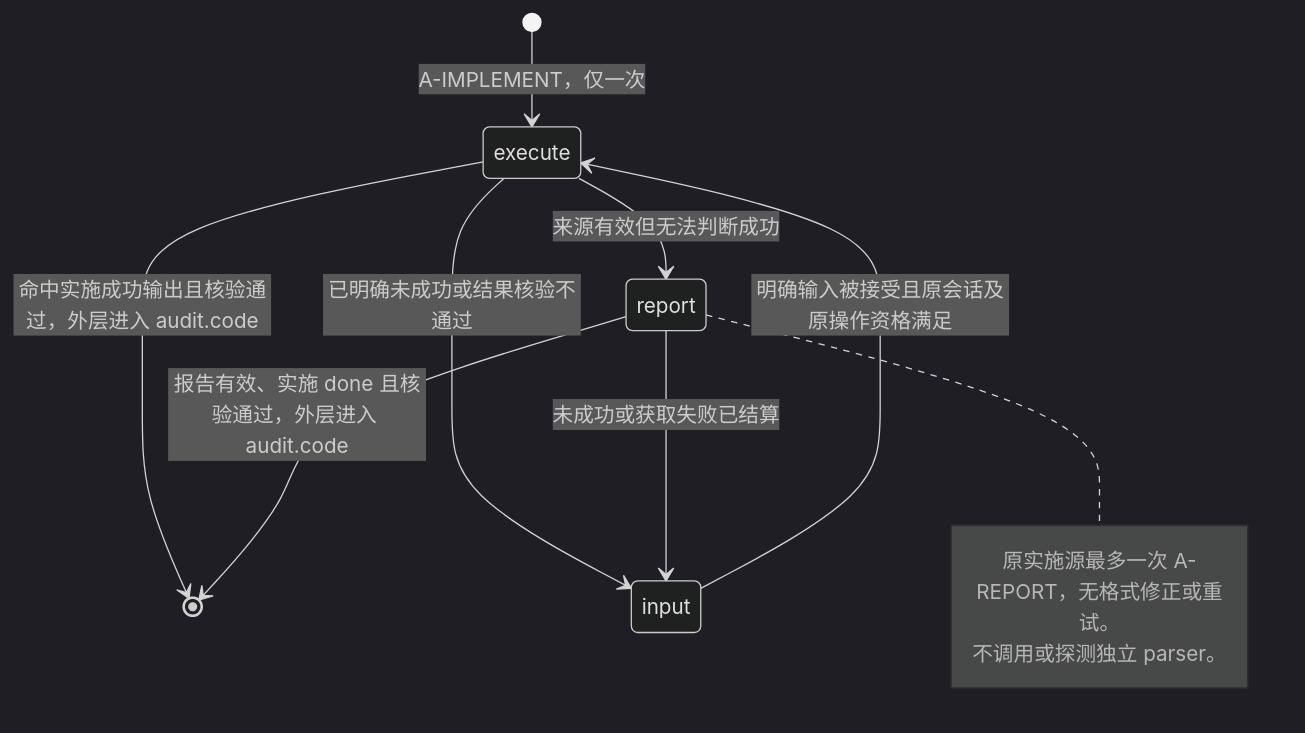
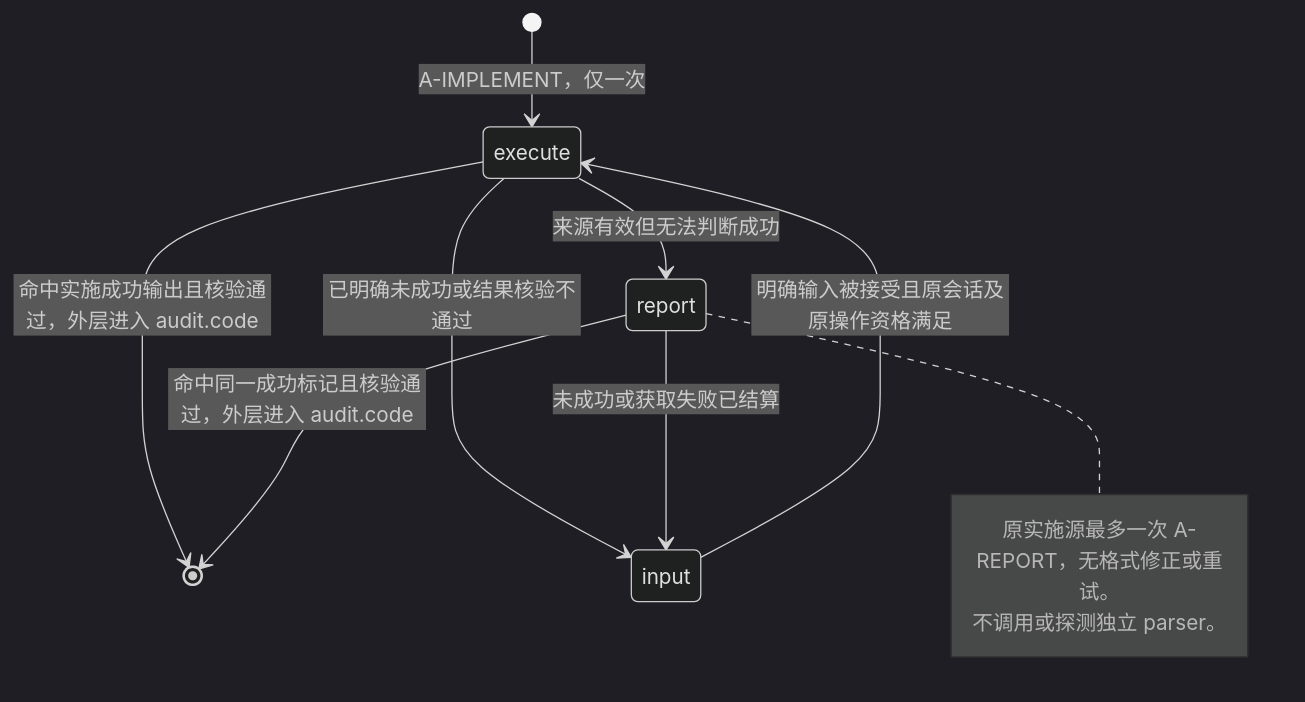
The second of 5 diagrams in docs/workflows/development-audited.md (erranliu/SteerRunner), drawn with Mermaid (dark theme) before and after one commit. The commit also changed other lines of this file and 22 other files, not shown here.

````diff
--- a/docs/workflows/development-audited.md
+++ b/docs/workflows/development-audited.md
@@ -43,15 +43,15 @@
 ```mermaid
 stateDiagram-v2
   direction TB
   [*] --> execute: A-IMPLEMENT，仅一次
   execute --> [*]: 命中实施成功输出且核验通过，外层进入 audit.code
   execute --> report: 来源有效但无法判断成功
   execute --> input: 已明确未成功或结果核验不通过
-  report --> [*]: 报告有效、实施 done 且核验通过，外层进入 audit.code
+  report --> [*]: 命中同一成功标记且核验通过，外层进入 audit.code
   report --> input: 未成功或获取失败已结算
   input --> execute: 明确输入被接受且原会话及原操作资格满足
   note right of report
     原实施源最多一次 A-REPORT，无格式修正或重试。
     不调用或探测独立 parser。
   end note
 ```
````
